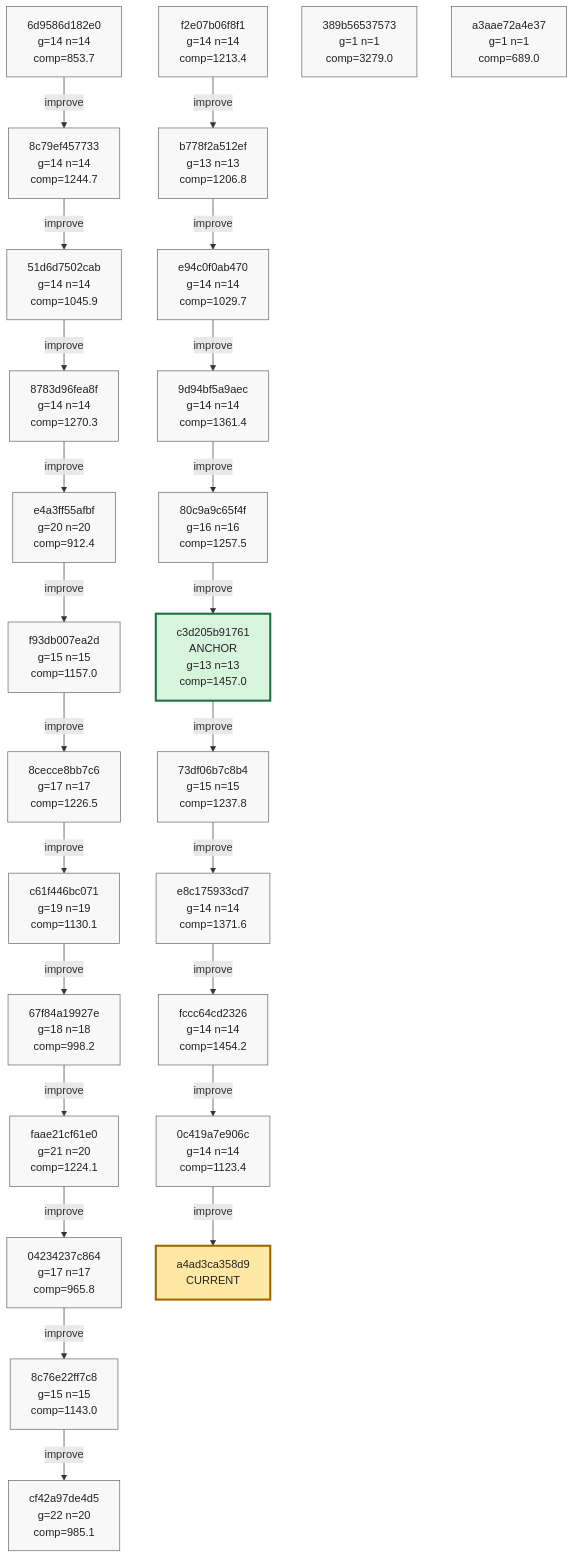
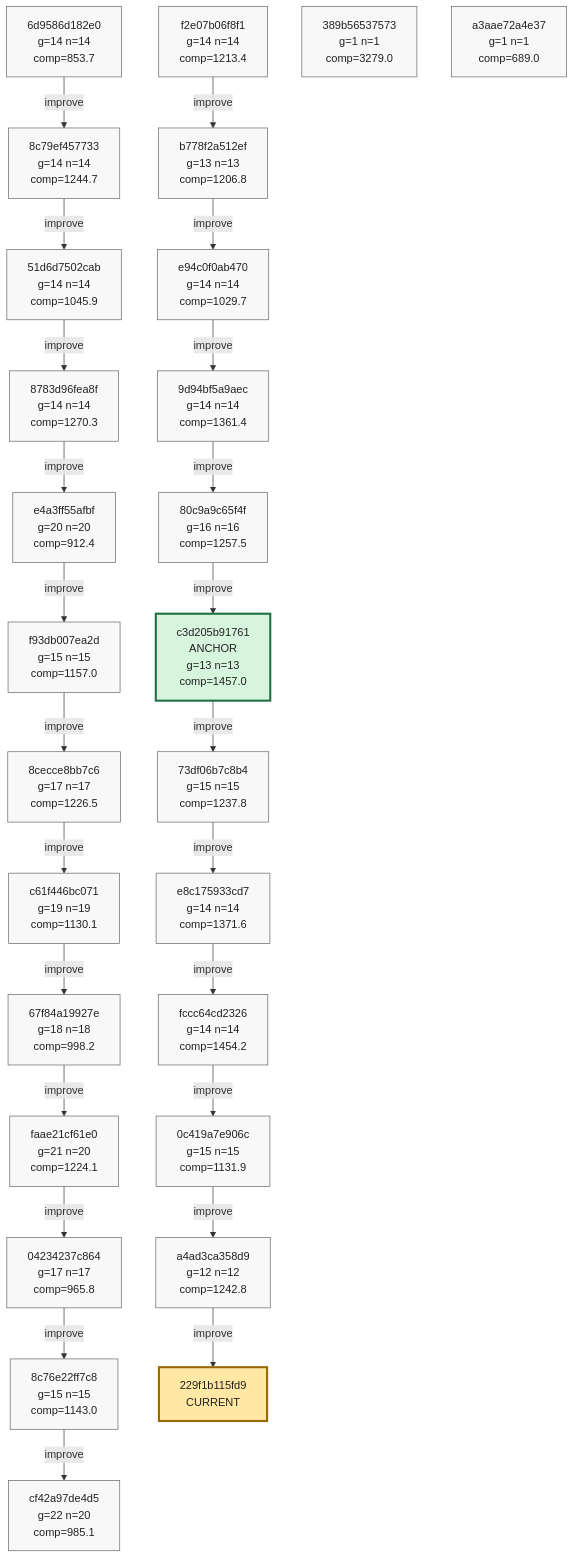
One commit to azumag/soviet_now changed the eighth of 8 diagrams in phyrogenetic-tree.md. Above: the diagram before and after it, drawn with Mermaid. The commit also changed other lines of this file and 2 other files, not shown here.

Commit message:
eloop Improve after 12 games (scores: 1201 1588 1368 847 3773 2020 1706 2638 233 750 1659 773)

````diff
--- a/phyrogenetic-tree.md
+++ b/phyrogenetic-tree.md
@@ -1933,10 +1934,11 @@
     h_73df06b7c8b4["73df06b7c8b4<br/>g=15 n=15<br/>comp=1237.8"]
     h_e8c175933cd7["e8c175933cd7<br/>g=14 n=14<br/>comp=1371.6"]
     h_fccc64cd2326["fccc64cd2326<br/>g=14 n=14<br/>comp=1454.2"]
-    h_0c419a7e906c["0c419a7e906c<br/>g=14 n=14<br/>comp=1123.4"]
+    h_0c419a7e906c["0c419a7e906c<br/>g=15 n=15<br/>comp=1131.9"]
+    h_a4ad3ca358d9["a4ad3ca358d9<br/>g=12 n=12<br/>comp=1242.8"]
     h_389b56537573["389b56537573<br/>g=1 n=1<br/>comp=3279.0"]
     h_a3aae72a4e37["a3aae72a4e37<br/>g=1 n=1<br/>comp=689.0"]
-    h_a4ad3ca358d9["a4ad3ca358d9<br/>CURRENT"]
+    h_229f1b115fd9["229f1b115fd9<br/>CURRENT"]
 
     h_6d9586d182e0 -->|improve| h_8c79ef457733
     h_8c79ef457733 -->|improve| h_51d6d7502cab
@@ -1960,6 +1962,7 @@
     h_e8c175933cd7 -->|improve| h_fccc64cd2326
     h_fccc64cd2326 -->|improve| h_0c419a7e906c
     h_0c419a7e906c -->|improve| h_a4ad3ca358d9
+    h_a4ad3ca358d9 -->|improve| h_229f1b115fd9
 
     classDef plain fill:#f8f8f8,stroke:#666,stroke-width:1px,color:#222;
     classDef current fill:#ffe8a3,stroke:#9a6700,stroke-width:3px,color:#222;
@@ -1989,7 +1992,8 @@
     class h_e8c175933cd7 plain;
     class h_fccc64cd2326 plain;
     class h_0c419a7e906c plain;
+    class h_a4ad3ca358d9 plain;
     class h_389b56537573 plain;
     class h_a3aae72a4e37 plain;
-    class h_a4ad3ca358d9 current;
+    class h_229f1b115fd9 current;
 ```
````
